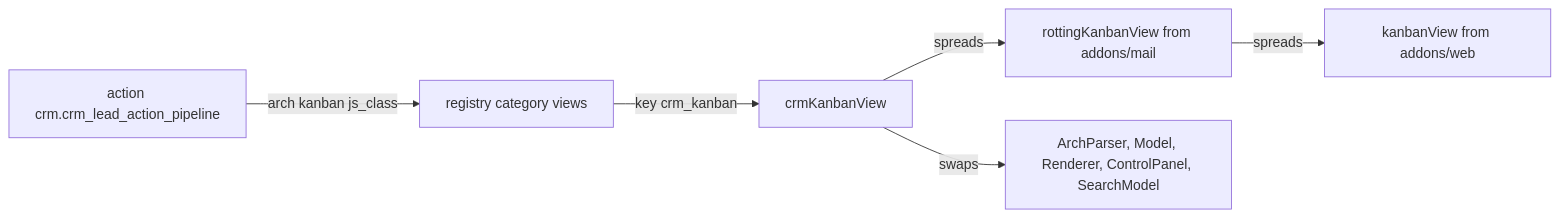
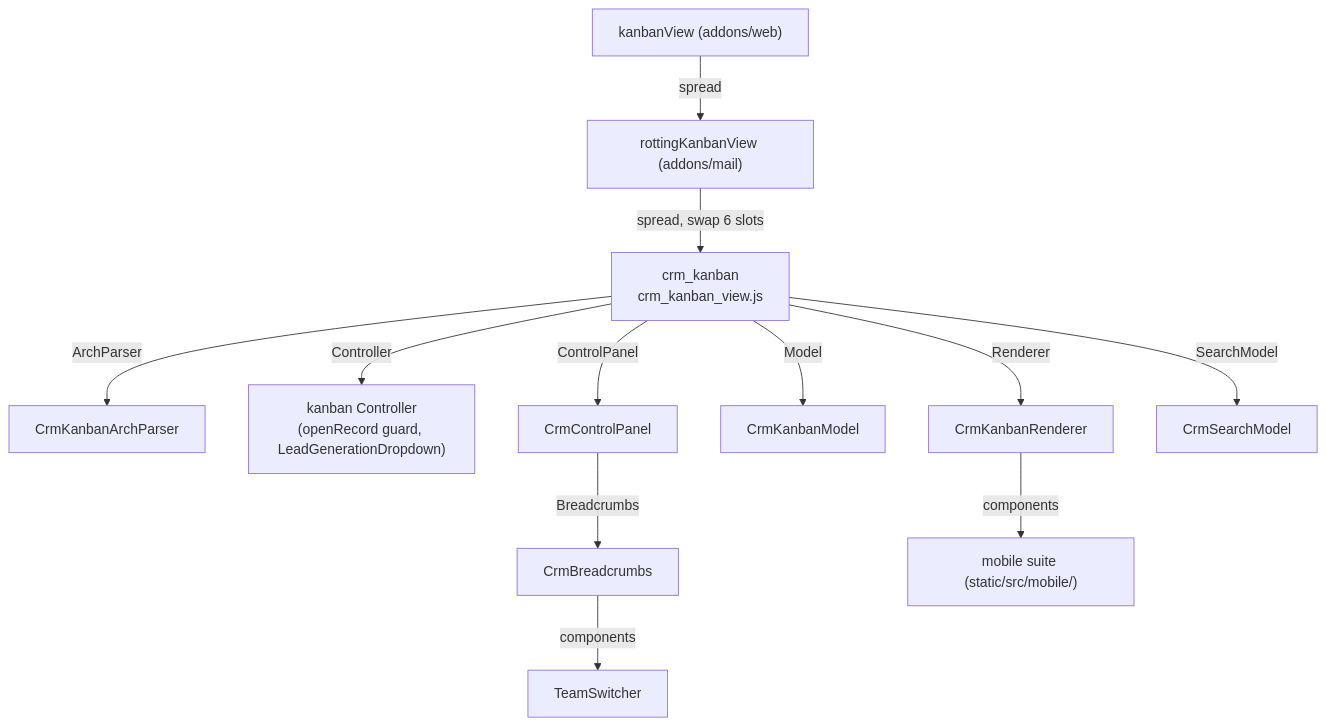
Before and after one commit to blitzy-public-samples/odoo: the diagram in droid-wiki/apps/crm/crm-views.md, drawn with Mermaid. The commit also changed other lines of this file and 78 other files, not shown here.

````diff
--- a/droid-wiki/apps/crm/crm-views.md
+++ b/droid-wiki/apps/crm/crm-views.md
@@ -55,8 +63,14 @@
 ```mermaid
-graph LR
-    A["action crm.crm_lead_action_pipeline"] -->|"arch kanban js_class"| R["registry category views"]
-    R -->|"key crm_kanban"| K["crmKanbanView"]
-    K -->|"spreads"| M["rottingKanbanView from addons/mail"]
-    M -->|"spreads"| W["kanbanView from addons/web"]
-    K -->|"swaps"| P["ArchParser, Model, Renderer, ControlPanel, SearchModel"]
+graph TD
+    KANBAN["kanbanView (addons/web)"] -->|"spread"| ROTTING["rottingKanbanView (addons/mail)"]
+    ROTTING -->|"spread, swap 6 slots"| CRMKANBAN["crm_kanban<br/>crm_kanban_view.js"]
+    CRMKANBAN -->|"ArchParser"| AP["CrmKanbanArchParser"]
+    CRMKANBAN -->|"Controller"| KC["kanban Controller<br/>(openRecord guard, LeadGenerationDropdown)"]
+    CRMKANBAN -->|"ControlPanel"| CP["CrmControlPanel"]
+    CRMKANBAN -->|"Model"| KM["CrmKanbanModel"]
+    CRMKANBAN -->|"Renderer"| KR["CrmKanbanRenderer"]
+    CRMKANBAN -->|"SearchModel"| SM["CrmSearchModel"]
+    CP -->|"Breadcrumbs"| CB["CrmBreadcrumbs"]
+    CB -->|"components"| TS["TeamSwitcher"]
+    KR -->|"components"| MOB["mobile suite (static/src/mobile/)"]
 ```
````
